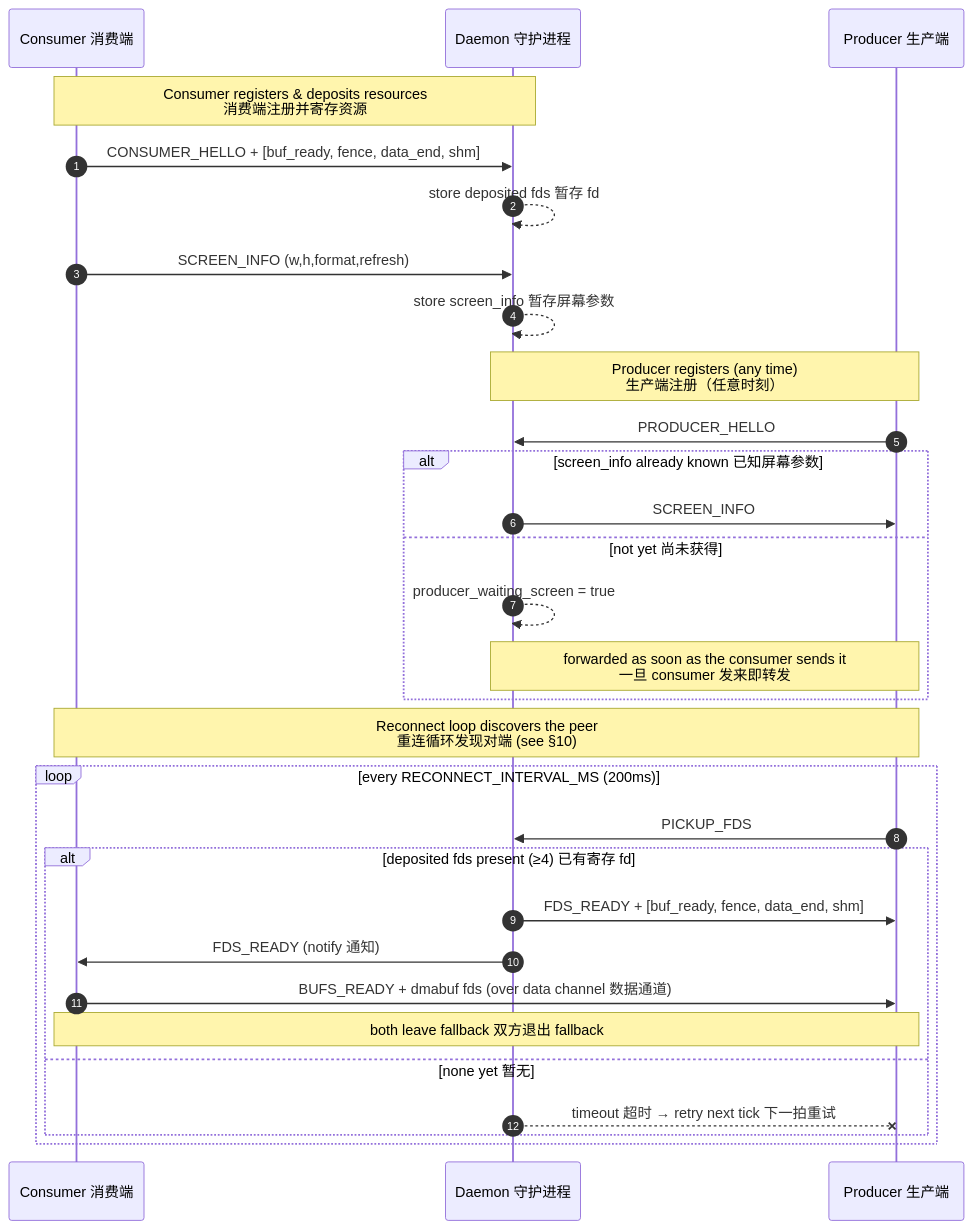
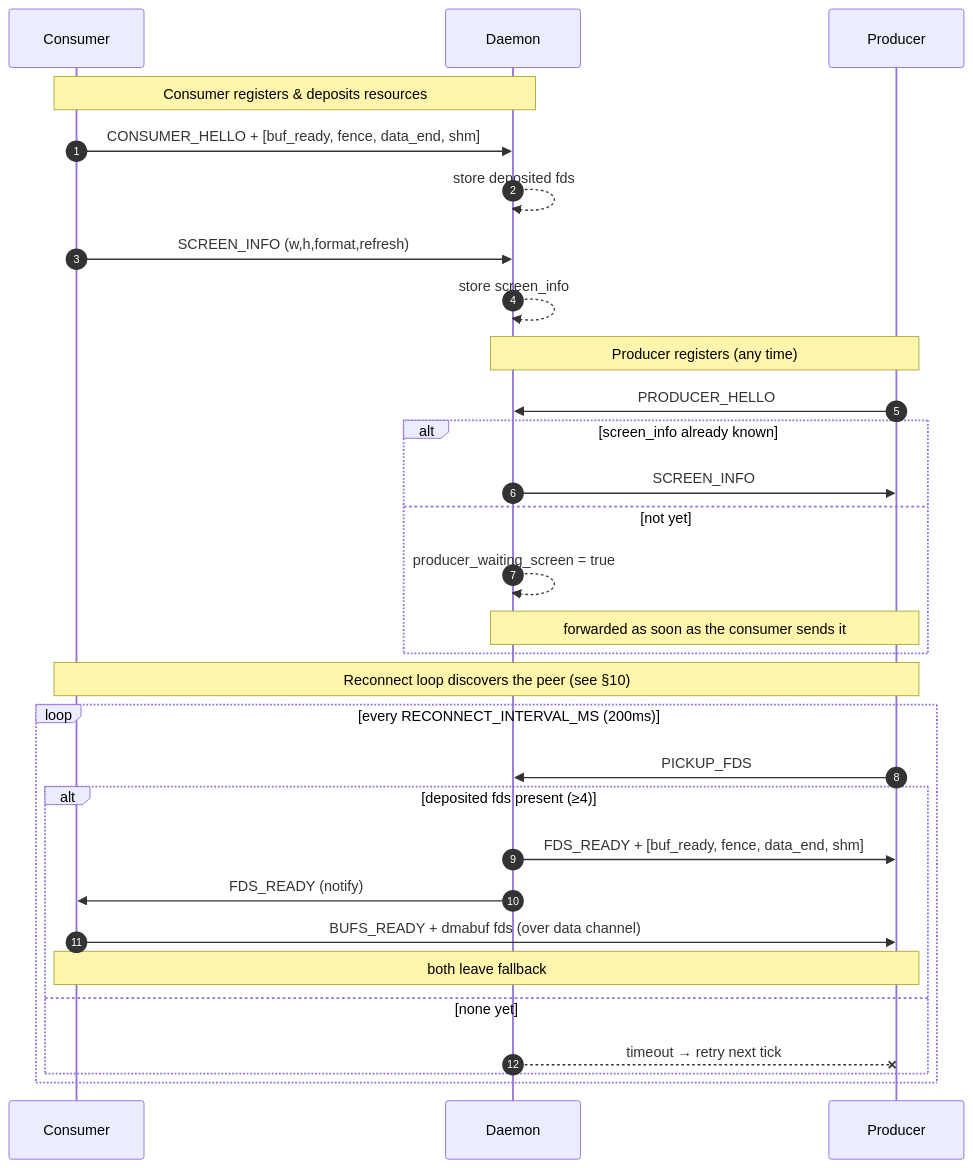
The second of 4 diagrams in README.md (dinhmaiphuong2025/anland), drawn with Mermaid before and after one commit. The commit also changed other lines of this file and 3 other files, not shown here.

````diff
--- a/README.md
+++ b/README.md
@@ -471,35 +409,35 @@
 ```mermaid
 sequenceDiagram
     autonumber
-    participant C as Consumer 消费端
-    participant D as Daemon 守护进程
-    participant P as Producer 生产端
+    participant C as Consumer
+    participant D as Daemon
+    participant P as Producer
 
-    Note over C,D: Consumer registers & deposits resources<br/>消费端注册并寄存资源
+    Note over C,D: Consumer registers & deposits resources
     C->>D: CONSUMER_HELLO  + [buf_ready, fence, data_end, shm]
-    D-->>D: store deposited fds 暂存 fd
+    D-->>D: store deposited fds
     C->>D: SCREEN_INFO (w,h,format,refresh)
-    D-->>D: store screen_info 暂存屏幕参数
+    D-->>D: store screen_info
 
-    Note over P,D: Producer registers (any time)<br/>生产端注册（任意时刻）
+    Note over P,D: Producer registers (any time)
     P->>D: PRODUCER_HELLO
-    alt screen_info already known 已知屏幕参数
+    alt screen_info already known
         D->>P: SCREEN_INFO
-    else not yet 尚未获得
+    else not yet
         D-->>D: producer_waiting_screen = true
-        Note over D,P: forwarded as soon as the consumer sends it<br/>一旦 consumer 发来即转发
+        Note over D,P: forwarded as soon as the consumer sends it
     end
 
-    Note over C,P: Reconnect loop discovers the peer<br/>重连循环发现对端 (see §10)
+    Note over C,P: Reconnect loop discovers the peer (see §10)
     loop every RECONNECT_INTERVAL_MS (200ms)
         P->>D: PICKUP_FDS
-        alt deposited fds present (≥4) 已有寄存 fd
+        alt deposited fds present (≥4)
             D->>P: FDS_READY + [buf_ready, fence, data_end, shm]
-            D->>C: FDS_READY (notify 通知)
-            C->>P: BUFS_READY + dmabuf fds (over data channel 数据通道)
-            Note over C,P: both leave fallback 双方退出 fallback
-        else none yet 暂无
-            D--xP: timeout 超时 → retry next tick 下一拍重试
+            D->>C: FDS_READY (notify)
+            C->>P: BUFS_READY + dmabuf fds (over data channel)
+            Note over C,P: both leave fallback
+        else none yet
+            D--xP: timeout → retry next tick
         end
     end
 ```
````
